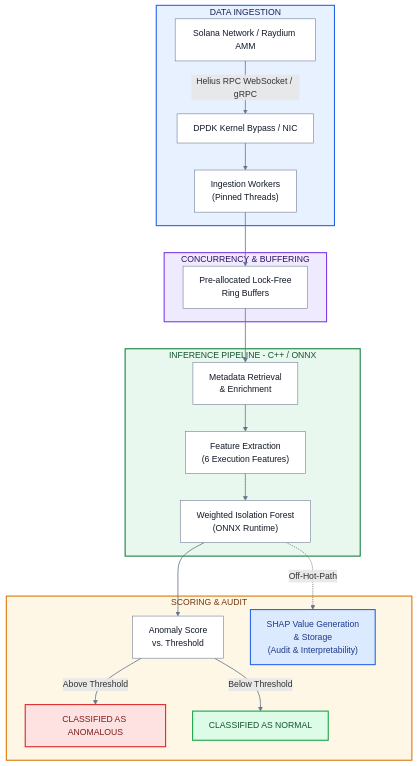
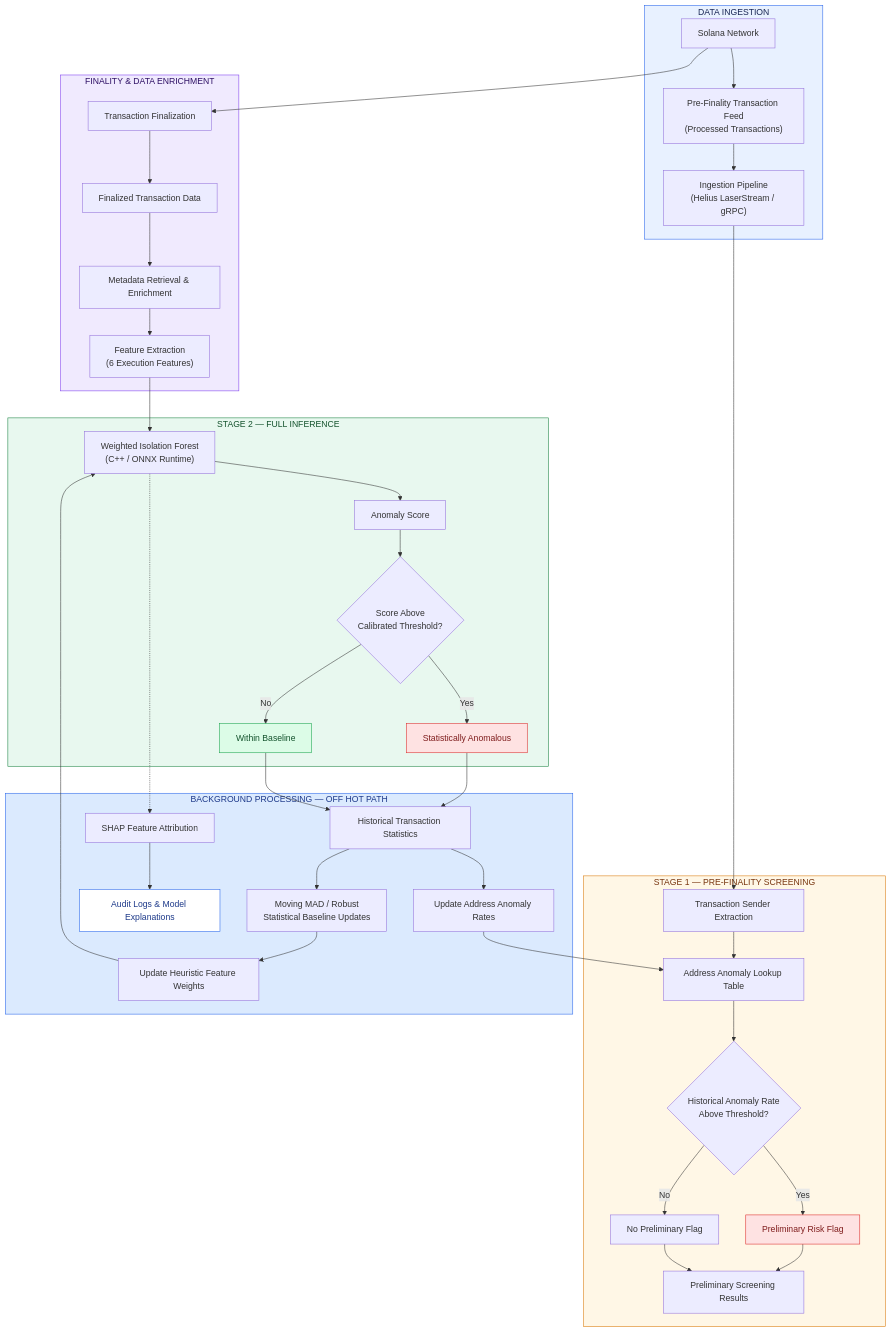
The diagram in README.md (MilanSuri/CSC561Final), drawn with Mermaid before and after one commit.

Commit message:
Revise README with updated project details and diagram
Updated the README to reflect changes in the project structure and added detailed architecture diagram.

````diff
--- a/README.md
+++ b/README.md
@@ -25,44 +25,57 @@
 ```mermaid
+
 flowchart TD
-    subgraph Ingestion ["DATA INGESTION"]
-        A["Solana Network / Raydium AMM"] -->|Helius RPC WebSocket / gRPC| B["DPDK Kernel Bypass / NIC"]
-        B --> C["Ingestion Workers<br/>(Pinned Threads)"]
+    subgraph ING["DATA INGESTION"]
+        A["Solana Network"]
+        A --> B["Pre-Finality Transaction Feed<br/>(Processed Transactions)"]
+        B --> C["Ingestion Pipeline<br/>(Helius LaserStream / gRPC)"]
     end
 
-    subgraph Queue ["CONCURRENCY & BUFFERING"]
-        C --> D["Pre-allocated Lock-Free<br/>Ring Buffers"]
+    subgraph FAST["STAGE 1 — PRE-FINALITY SCREENING"]
+        C --> D["Transaction Sender Extraction"]
+        D --> E["Address Anomaly Lookup Table"]
+        E --> F{"Historical Anomaly Rate<br/>Above Threshold?"}
+        F -->|Yes| G["Preliminary Risk Flag"]
+        F -->|No| H["No Preliminary Flag"]
+        G --> I["Preliminary Screening Results"]
+        H --> I
     end
 
-    subgraph Inference ["INFERENCE PIPELINE - C++ / ONNX"]
-        D --> E["Metadata Retrieval<br/>& Enrichment"]
-        E --> F["Feature Extraction<br/>(6 Execution Features)"]
-        F --> G["Weighted Isolation Forest<br/>(ONNX Runtime)"]
+    subgraph FINAL["FINALITY & DATA ENRICHMENT"]
+        A --> J["Transaction Finalization"]
+        J --> K["Finalized Transaction Data"]
+        K --> L["Metadata Retrieval & Enrichment"]
+        L --> M["Feature Extraction<br/>(6 Execution Features)"]
     end
 
-    subgraph Output ["SCORING & AUDIT"]
-        G --> H["Anomaly Score<br/>vs. Threshold"]
-        H -->|Above Threshold| I["CLASSIFIED AS ANOMALOUS"]
-        H -->|Below Threshold| J["CLASSIFIED AS NORMAL"]
-        G -.->|Off-Hot-Path| K["SHAP Value Generation<br/>& Storage<br/>(Audit & Interpretability)"]
+    subgraph INFERENCE["STAGE 2 — FULL INFERENCE"]
+        M --> N["Weighted Isolation Forest<br/>(C++ / ONNX Runtime)"]
+        N --> O["Anomaly Score"]
+        O --> P{"Score Above<br/>Calibrated Threshold?"}
+        P -->|Yes| Q["Statistically Anomalous"]
+        P -->|No| R["Within Baseline"]
     end
 
-    style Ingestion fill:#E8F1FF,stroke:#2563EB,stroke-width:2px,color:#172554
-    style Queue fill:#F0EAFE,stroke:#7C3AED,stroke-width:2px,color:#2E1065
-    style Inference fill:#E8F8EF,stroke:#15803D,stroke-width:2px,color:#14532D
-    style Output fill:#FFF7E6,stroke:#D97706,stroke-width:2px,color:#78350F
+    subgraph BACKGROUND["BACKGROUND PROCESSING — OFF HOT PATH"]
+        Q --> S["Historical Transaction Statistics"]
+        R --> S
+        S --> T["Update Address Anomaly Rates"]
+        T --> E
+        S --> U["Moving MAD / Robust<br/>Statistical Baseline Updates"]
+        U --> V["Update Heuristic Feature Weights"]
+        V --> N
+        N -.-> W["SHAP Feature Attribution"]
+        W --> X["Audit Logs & Model Explanations"]
+    end
 
-    style A fill:#FFFFFF,stroke:#64748B,color:#111827
-    style B fill:#FFFFFF,stroke:#64748B,color:#111827
-    style C fill:#FFFFFF,stroke:#64748B,color:#111827
-    style D fill:#FFFFFF,stroke:#64748B,color:#111827
-    style E fill:#FFFFFF,stroke:#64748B,color:#111827
-    style F fill:#FFFFFF,stroke:#64748B,color:#111827
-    style G fill:#FFFFFF,stroke:#64748B,color:#111827
-    style H fill:#FFFFFF,stroke:#64748B,color:#111827
+    style ING fill:#E8F1FF,stroke:#2563EB,color:#172554
+    style FAST fill:#FFF7E6,stroke:#D97706,color:#78350F
+    style FINAL fill:#F0EAFE,stroke:#7C3AED,color:#2E1065
+    style INFERENCE fill:#E8F8EF,stroke:#15803D,color:#14532D
+    style BACKGROUND fill:#DBEAFE,stroke:#2563EB,color:#1E3A8A
 
-    style I fill:#FEE2E2,stroke:#DC2626,stroke-width:2px,color:#7F1D1D
-    style J fill:#DCFCE7,stroke:#16A34A,stroke-width:2px,color:#14532D
-    style K fill:#DBEAFE,stroke:#2563EB,stroke-width:2px,color:#1E3A8A
-
-    linkStyle default stroke:#64748B,stroke-width:1.5px
+    style G fill:#FEE2E2,stroke:#DC2626,color:#7F1D1D
+    style Q fill:#FEE2E2,stroke:#DC2626,color:#7F1D1D
+    style R fill:#DCFCE7,stroke:#16A34A,color:#14532D
+    style X fill:#FFFFFF,stroke:#2563EB,color:#1E3A8A
 ```
````
